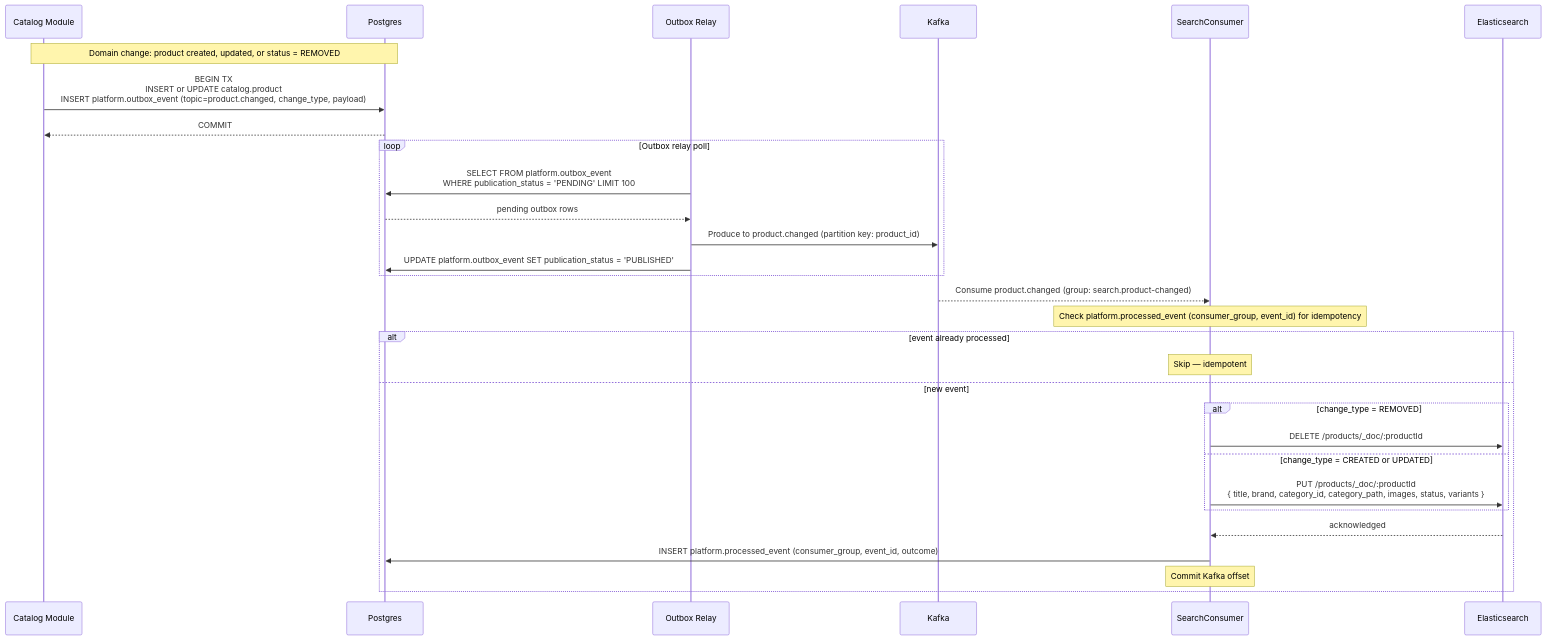
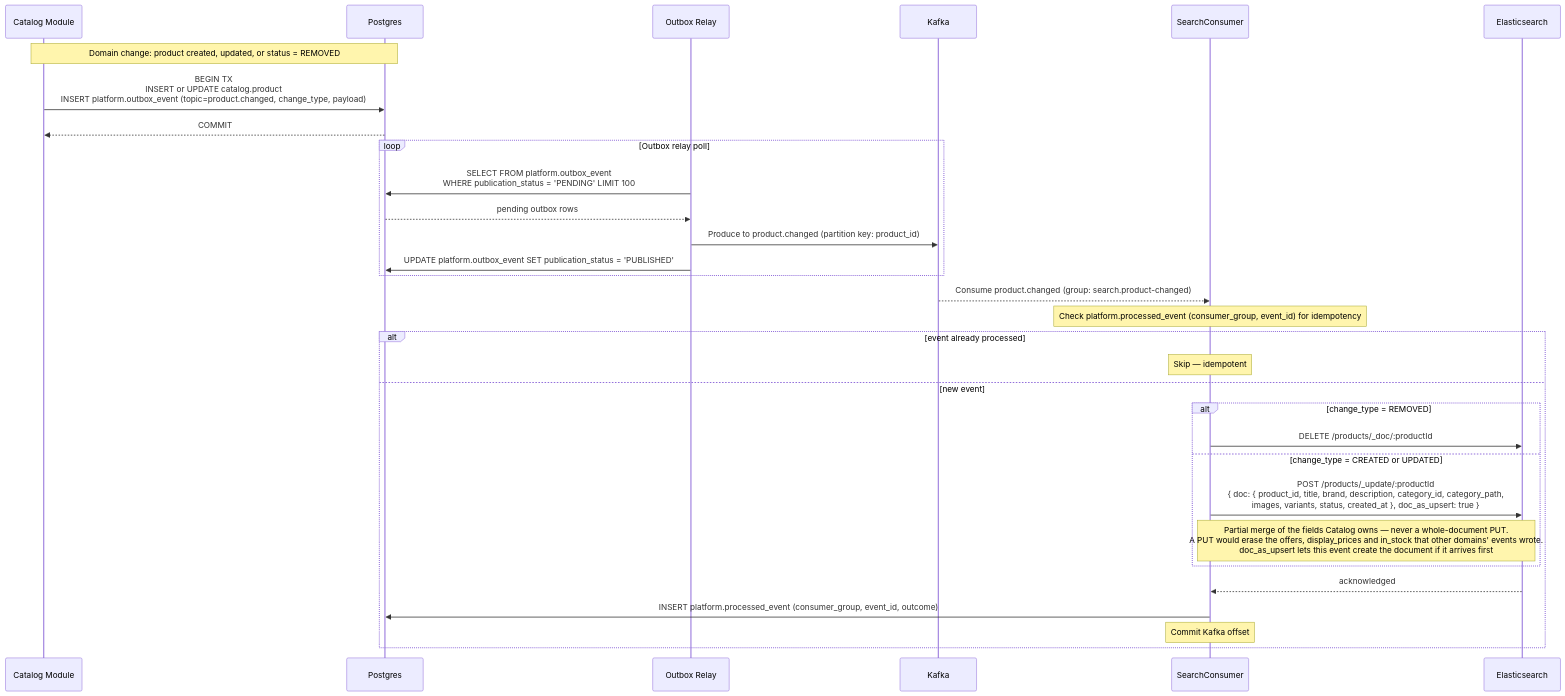
One commit to alisa-uthi/aliceut-ecom-document changed the second of 8 diagrams in phase-1/technical-design/api-design/search.md. Above: the diagram before and after it, drawn with Mermaid. The commit also changed other lines of this file and 73 other files, not shown here.

````diff
--- a/phase-1/technical-design/api-design/search.md
+++ b/phase-1/technical-design/api-design/search.md
@@ -146,35 +285,36 @@
 ```mermaid
 sequenceDiagram
     participant Catalog as Catalog Module
     participant Postgres
     participant Relay as Outbox Relay
     participant Kafka
     participant Consumer as SearchConsumer
     participant ES as Elasticsearch
 
     Note over Catalog,Postgres: Domain change: product created, updated, or status = REMOVED
     Catalog->>Postgres: BEGIN TX<br/>INSERT or UPDATE catalog.product<br/>INSERT platform.outbox_event (topic=product.changed, change_type, payload)
     Postgres-->>Catalog: COMMIT
 
     loop Outbox relay poll
         Relay->>Postgres: SELECT FROM platform.outbox_event<br/>WHERE publication_status = 'PENDING' LIMIT 100
         Postgres-->>Relay: pending outbox rows
         Relay->>Kafka: Produce to product.changed (partition key: product_id)
         Relay->>Postgres: UPDATE platform.outbox_event SET publication_status = 'PUBLISHED'
     end
 
     Kafka-->>Consumer: Consume product.changed (group: search.product-changed)
     Note over Consumer: Check platform.processed_event (consumer_group, event_id) for idempotency
     alt event already processed
         Note over Consumer: Skip — idempotent
     else new event
         alt change_type = REMOVED
             Consumer->>ES: DELETE /products/_doc/:productId
         else change_type = CREATED or UPDATED
-            Consumer->>ES: PUT /products/_doc/:productId<br/>{ title, brand, category_id, category_path, images, status, variants }
+            Consumer->>ES: POST /products/_update/:productId<br/>{ doc: { product_id, title, brand, description, category_id, category_path,<br/>images, variants, status, created_at }, doc_as_upsert: true }
+            Note over Consumer,ES: Partial merge of the fields Catalog owns — never a whole-document PUT.<br/>A PUT would erase the offers, display_prices and in_stock that other domains' events wrote.<br/>doc_as_upsert lets this event create the document if it arrives first
         end
         ES-->>Consumer: acknowledged
         Consumer->>Postgres: INSERT platform.processed_event (consumer_group, event_id, outcome)
         Note over Consumer: Commit Kafka offset
     end
 ```
````
